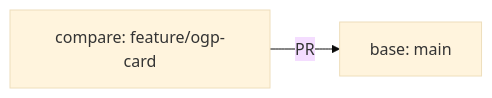
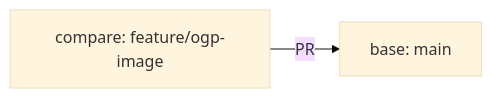
One commit to goofmint/cr-learning changed the diagram in docs/08-create-pull-request.mdx. Above: the diagram before and after it, drawn with Mermaid (base theme). The commit also changed other lines of this file, not shown here.

````diff
--- a/docs/08-create-pull-request.mdx
+++ b/docs/08-create-pull-request.mdx
@@ -138,4 +78,4 @@
 ```mermaid
 flowchart LR
-  A[compare: feature/ogp-card] -->|PR| B[base: main]
+  A[compare: feature/ogp-image] -->|PR| B[base: main]
 ```
````
